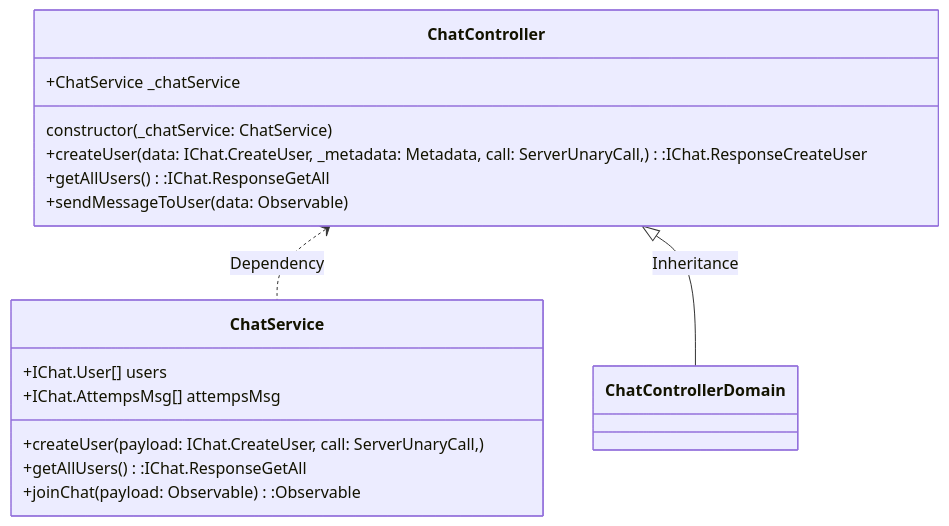
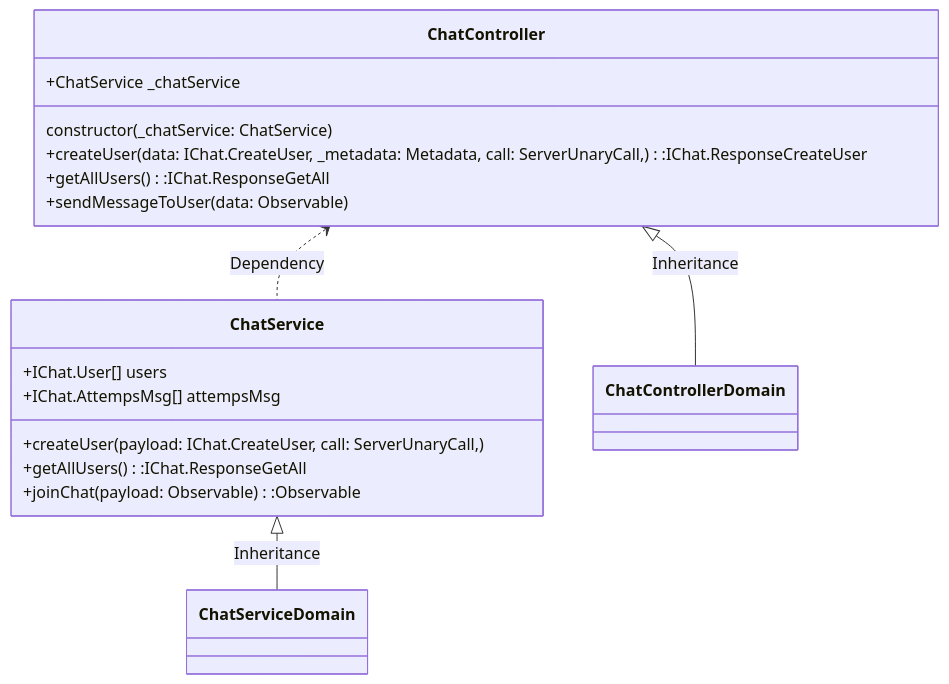
Before and after one commit to gb21oc/nestjs-grpc-chat: the diagram in README.md, drawn with Mermaid.

Commit message:
doc: adicionando o "implements" da camada de service

````diff
--- a/README.md
+++ b/README.md
@@ -3,20 +3,21 @@
 ```mermaid
 classDiagram
+    ChatService <|-- ChatServiceDomain: Inheritance
     ChatController <.. ChatService: Dependency
     ChatController <|-- ChatControllerDomain: Inheritance
 
     class ChatController{
         +ChatService _chatService
         constructor(_chatService: ChatService)
         +createUser(data: IChat.CreateUser, _metadata: Metadata, call: ServerUnaryCall<IChat.CreateUser, IChat.ResponseCreateUser>, ):IChat.ResponseCreateUser
         +getAllUsers():IChat.ResponseGetAll
         +sendMessageToUser(data: Observable<IChat.SendToUser>)
     }
     class ChatService{
         +IChat.User[] users
         +IChat.AttempsMsg[] attempsMsg
         +createUser(payload: IChat.CreateUser, call: ServerUnaryCall<IChat.CreateUser, IChat.ResponseCreateUser>, )
         +getAllUsers():IChat.ResponseGetAll
         +joinChat(payload: Observable<IChat.SendToUser>):Observable<IChat.ReceiveMsg>
     }
 ```
````
